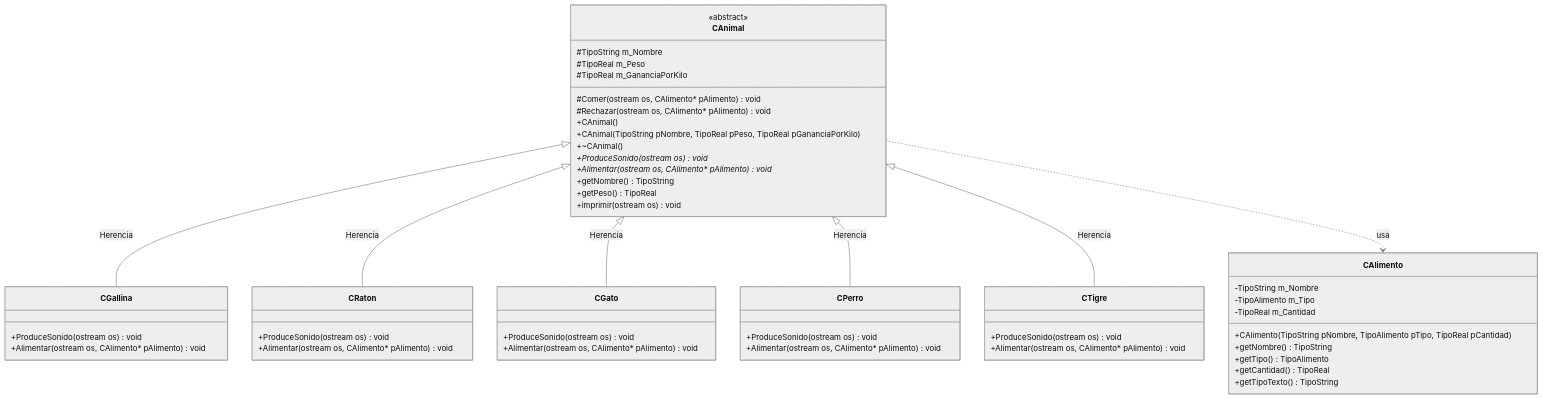
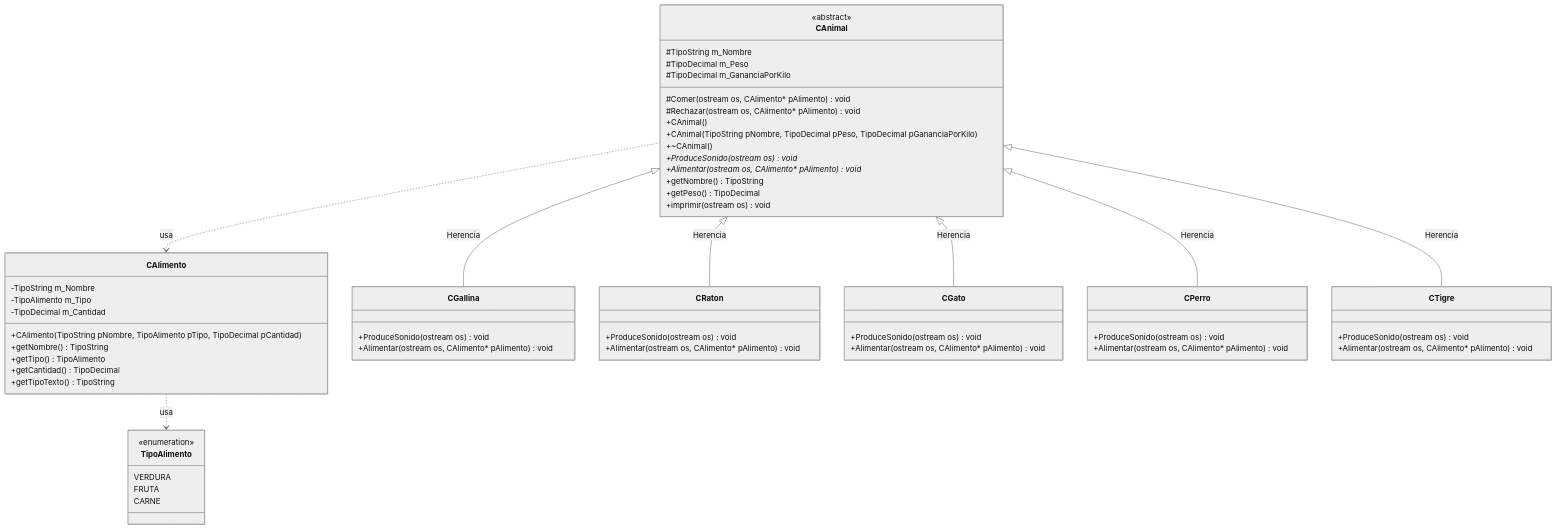
Before and after one commit to CursosProgramacionEP/PO_UTEC_Semana12: the first of 2 diagrams in A3_Animales/README.md, drawn with Mermaid (neutral theme). The commit also changed other lines of this file and 15 other files, not shown here.

````diff
--- a/A3_Animales/README.md
+++ b/A3_Animales/README.md
@@ -38,55 +38,62 @@
 ```mermaid
 classDiagram
     class CAnimal {
         <<abstract>>
         #TipoString m_Nombre
-        #TipoReal m_Peso
-        #TipoReal m_GananciaPorKilo
+        #TipoDecimal m_Peso
+        #TipoDecimal m_GananciaPorKilo
         #Comer(ostream os, CAlimento* pAlimento) void
         #Rechazar(ostream os, CAlimento* pAlimento) void
         +CAnimal()
-        +CAnimal(TipoString pNombre, TipoReal pPeso, TipoReal pGananciaPorKilo)
+        +CAnimal(TipoString pNombre, TipoDecimal pPeso, TipoDecimal pGananciaPorKilo)
         +~CAnimal()
         +ProduceSonido(ostream os) void*
         +Alimentar(ostream os, CAlimento* pAlimento) void*
         +getNombre() TipoString
-        +getPeso() TipoReal
+        +getPeso() TipoDecimal
         +imprimir(ostream os) void
+    }
+    class TipoAlimento {
+        <<enumeration>>
+        VERDURA
+        FRUTA
+        CARNE
     }
     class CAlimento {
         -TipoString m_Nombre
         -TipoAlimento m_Tipo
-        -TipoReal m_Cantidad
-        +CAlimento(TipoString pNombre, TipoAlimento pTipo, TipoReal pCantidad)
+        -TipoDecimal m_Cantidad
+        +CAlimento(TipoString pNombre, TipoAlimento pTipo, TipoDecimal pCantidad)
         +getNombre() TipoString
         +getTipo() TipoAlimento
-        +getCantidad() TipoReal
+        +getCantidad() TipoDecimal
         +getTipoTexto() TipoString
     }
     class CGallina {
         +ProduceSonido(ostream os) void
         +Alimentar(ostream os, CAlimento* pAlimento) void
     }
     class CRaton {
         +ProduceSonido(ostream os) void
         +Alimentar(ostream os, CAlimento* pAlimento) void
     }
     class CGato {
         +ProduceSonido(ostream os) void
         +Alimentar(ostream os, CAlimento* pAlimento) void
     }
     class CPerro {
         +ProduceSonido(ostream os) void
         +Alimentar(ostream os, CAlimento* pAlimento) void
     }
     class CTigre {
         +ProduceSonido(ostream os) void
         +Alimentar(ostream os, CAlimento* pAlimento) void
     }
     CAnimal <|-- CGallina : Herencia
     CAnimal <|-- CRaton : Herencia
     CAnimal <|-- CGato : Herencia
     CAnimal <|-- CPerro : Herencia
     CAnimal <|-- CTigre : Herencia
     CAnimal ..> CAlimento : usa
+    CAlimento ..> TipoAlimento : usa
 ```
````
